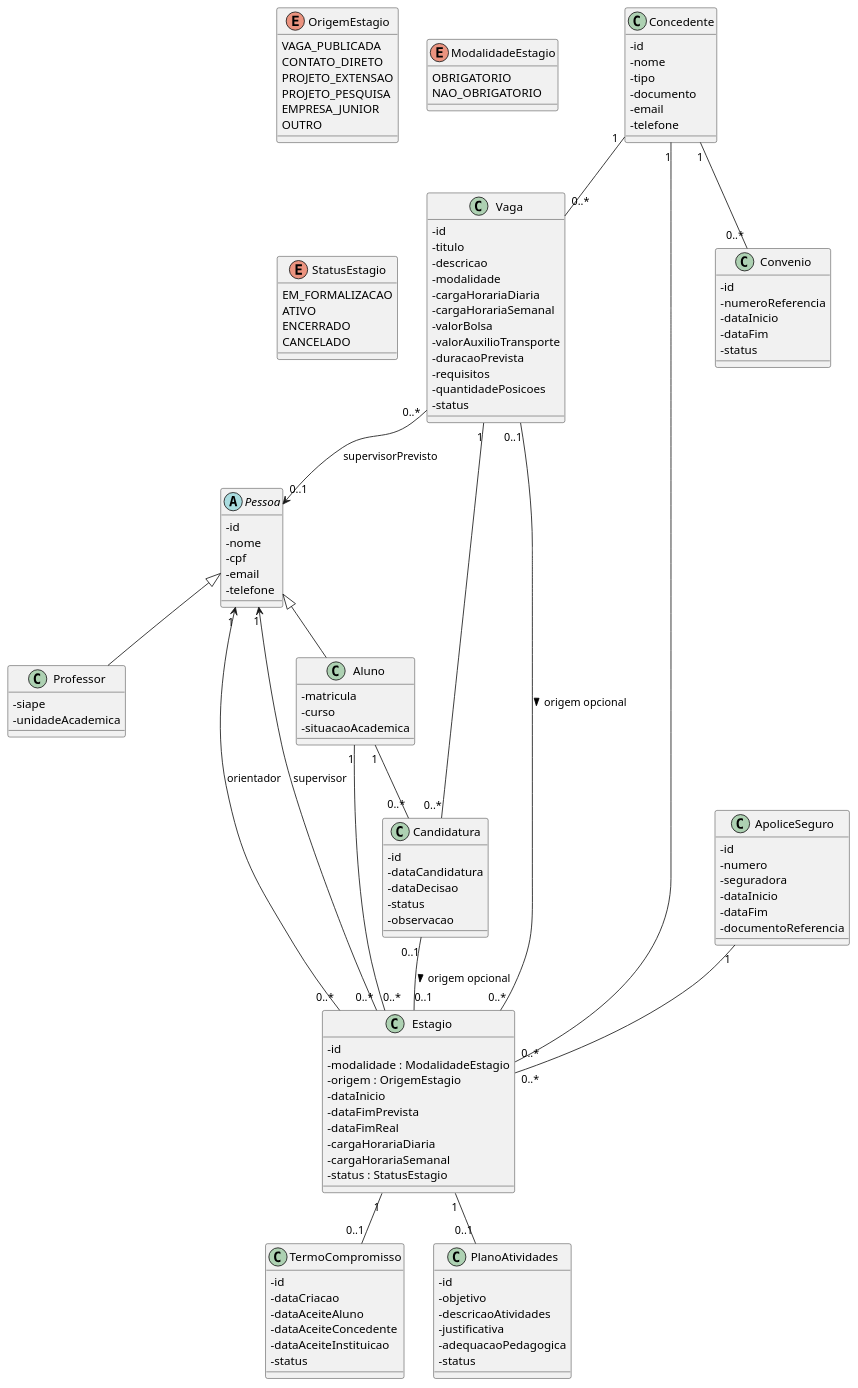
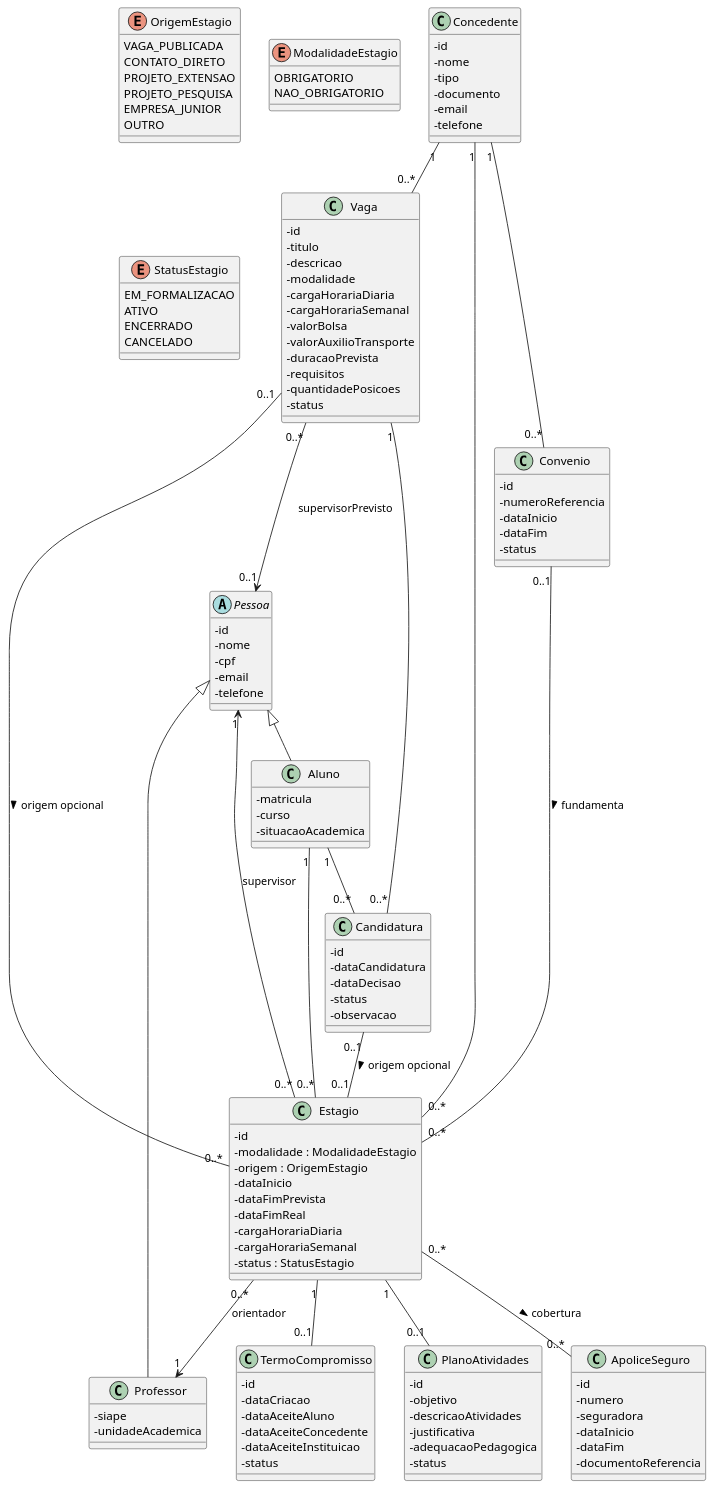
The diagram in 06 - UML/dominio-v0.2.puml (BorgesGusta/Obsidian_PROG_II_Estagio-FACSI---Modelagem-e-Sistema), drawn with PlantUML before and after one commit.

Commit message:
uml: audita cardinalidades e papeis

```diff
--- a/06 - UML/dominio-v0.2.puml
+++ b/06 - UML/dominio-v0.2.puml
@@ -1,146 +1,147 @@
 @startuml
 skinparam classAttributeIconSize 0
 
 abstract class Pessoa {
   - id
   - nome
   - cpf
   - email
   - telefone
 }
 
 class Aluno {
   - matricula
   - curso
   - situacaoAcademica
 }
 
 class Professor {
   - siape
   - unidadeAcademica
 }
 
 class Concedente {
   - id
   - nome
   - tipo
   - documento
   - email
   - telefone
 }
 
 class Convenio {
   - id
   - numeroReferencia
   - dataInicio
   - dataFim
   - status
 }
 
 class Vaga {
   - id
   - titulo
   - descricao
   - modalidade
   - cargaHorariaDiaria
   - cargaHorariaSemanal
   - valorBolsa
   - valorAuxilioTransporte
   - duracaoPrevista
   - requisitos
   - quantidadePosicoes
   - status
 }
 
 class Candidatura {
   - id
   - dataCandidatura
   - dataDecisao
   - status
   - observacao
 }
 
 enum OrigemEstagio {
   VAGA_PUBLICADA
   CONTATO_DIRETO
   PROJETO_EXTENSAO
   PROJETO_PESQUISA
   EMPRESA_JUNIOR
   OUTRO
 }
 
 enum ModalidadeEstagio {
   OBRIGATORIO
   NAO_OBRIGATORIO
 }
 
 enum StatusEstagio {
   EM_FORMALIZACAO
   ATIVO
   ENCERRADO
   CANCELADO
 }
 
 class Estagio {
   - id
   - modalidade : ModalidadeEstagio
   - origem : OrigemEstagio
   - dataInicio
   - dataFimPrevista
   - dataFimReal
   - cargaHorariaDiaria
   - cargaHorariaSemanal
   - status : StatusEstagio
 }
 
 class TermoCompromisso {
   - id
   - dataCriacao
   - dataAceiteAluno
   - dataAceiteConcedente
   - dataAceiteInstituicao
   - status
 }
 
 class PlanoAtividades {
   - id
   - objetivo
   - descricaoAtividades
   - justificativa
   - adequacaoPedagogica
   - status
 }
 
 class ApoliceSeguro {
   - id
   - numero
   - seguradora
   - dataInicio
   - dataFim
   - documentoReferencia
 }
 
 Pessoa <|-- Aluno
 Pessoa <|-- Professor
 
 Concedente "1" -- "0..*" Convenio
 Concedente "1" -- "0..*" Vaga
 Concedente "1" -- "0..*" Estagio
 
 Vaga "0..*" --> "0..1" Pessoa : supervisorPrevisto
 
 Aluno "1" -- "0..*" Candidatura
 Vaga "1" -- "0..*" Candidatura
 
 Candidatura "0..1" -- "0..1" Estagio : origem opcional >
 Aluno "1" -- "0..*" Estagio
 Vaga "0..1" -- "0..*" Estagio : origem opcional >
+Convenio "0..1" -- "0..*" Estagio : fundamenta >
 
 Estagio "0..*" --> "1" Pessoa : supervisor
-Estagio "0..*" --> "1" Pessoa : orientador
+Estagio "0..*" --> "1" Professor : orientador
 
 Estagio "1" -- "0..1" TermoCompromisso
 Estagio "1" -- "0..1" PlanoAtividades
-ApoliceSeguro "1" -- "0..*" Estagio
+Estagio "0..*" -- "0..*" ApoliceSeguro : cobertura >
 
 @enduml
```
